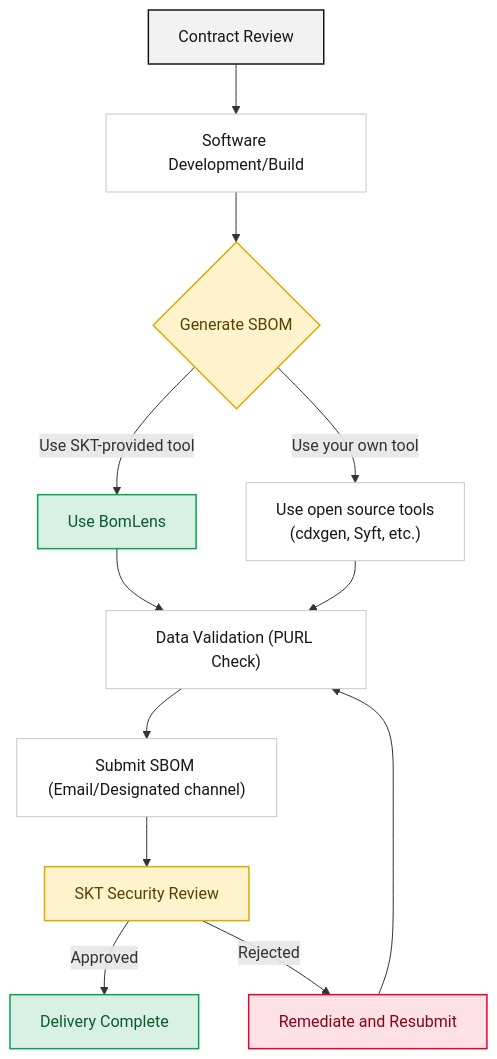
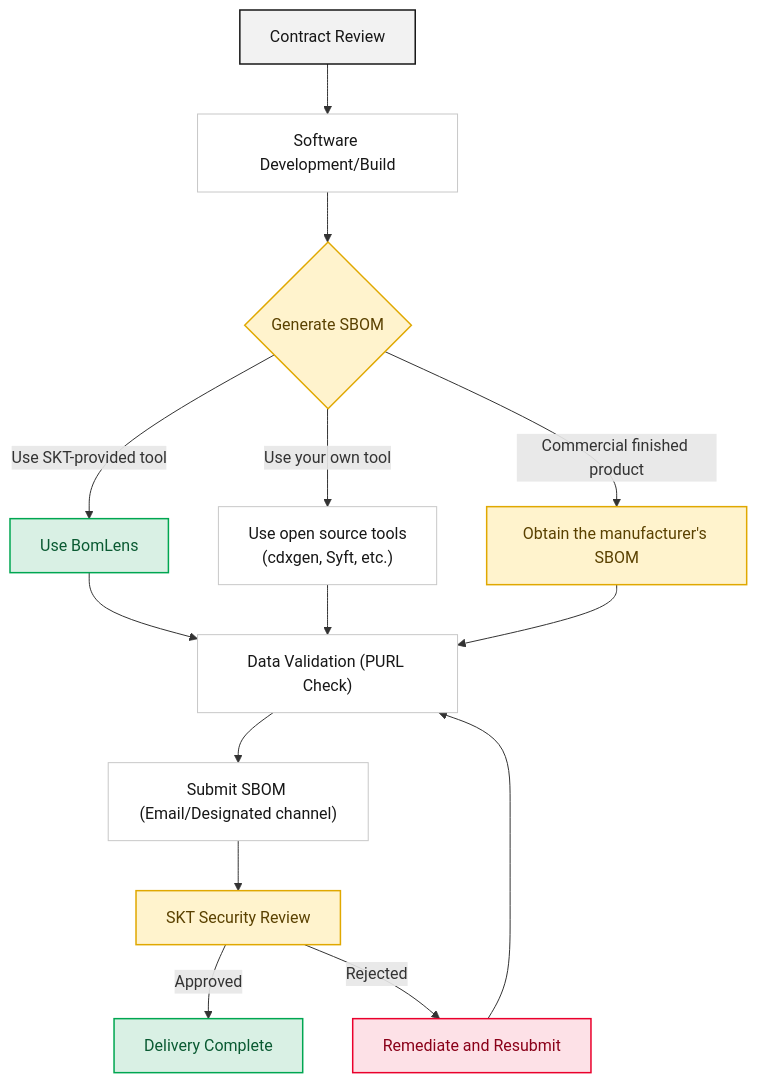
One commit to sktelecom/sktelecom.github.io changed the diagram in content/en/guide/supply-chain/for-suppliers/_index.md. Above: the diagram before and after it, drawn with Mermaid. The commit also changed other lines of this file and 15 other files, not shown here.

First line of the commit message:
docs(supply-chain): add commercial software supplier path and clarify tool diagram

````diff
--- a/content/en/guide/supply-chain/for-suppliers/_index.md
+++ b/content/en/guide/supply-chain/for-suppliers/_index.md
@@ -35,27 +40,31 @@
 ```mermaid
 flowchart TD
     A[Contract Review] --> B["Software Development/Build"]
     B --> C{Generate SBOM}
     C -->|Use SKT-provided tool| D[Use BomLens]
     C -->|Use your own tool| E["Use open source tools<br>(cdxgen, Syft, etc.)"]
+    C -->|Commercial finished product| K[Obtain the manufacturer's SBOM]
     D --> F["Data Validation (PURL Check)"]
     E --> F
+    K --> F
     F --> G["Submit SBOM (Email/Designated channel)"]
     G --> H[SKT Security Review]
     H -->|Approved| I[Delivery Complete]
     H -->|Rejected| J[Remediate and Resubmit]
     J --> F
 
     classDef start fill:#F2F2F2,stroke:#171717,color:#171717,stroke-width:1.5px
     classDef proc fill:#ffffff,stroke:#c8c8c8,color:#171717,stroke-width:1px
     classDef decision fill:#FFF3CD,stroke:#E0A800,color:#5A4100,stroke-width:1.5px
     classDef good fill:#D9F0E4,stroke:#00A651,color:#0A5A32,stroke-width:1.5px
     classDef danger fill:#FDE1E7,stroke:#EA002C,color:#8A0019,stroke-width:1.5px
+    classDef vendor fill:#FFF3CD,stroke:#E0A800,color:#5A4100,stroke-width:1.5px
 
     class A start
     class B,E,F,G proc
     class C,H decision
     class D,I good
     class J danger
+    class K vendor
 
 ```
````
